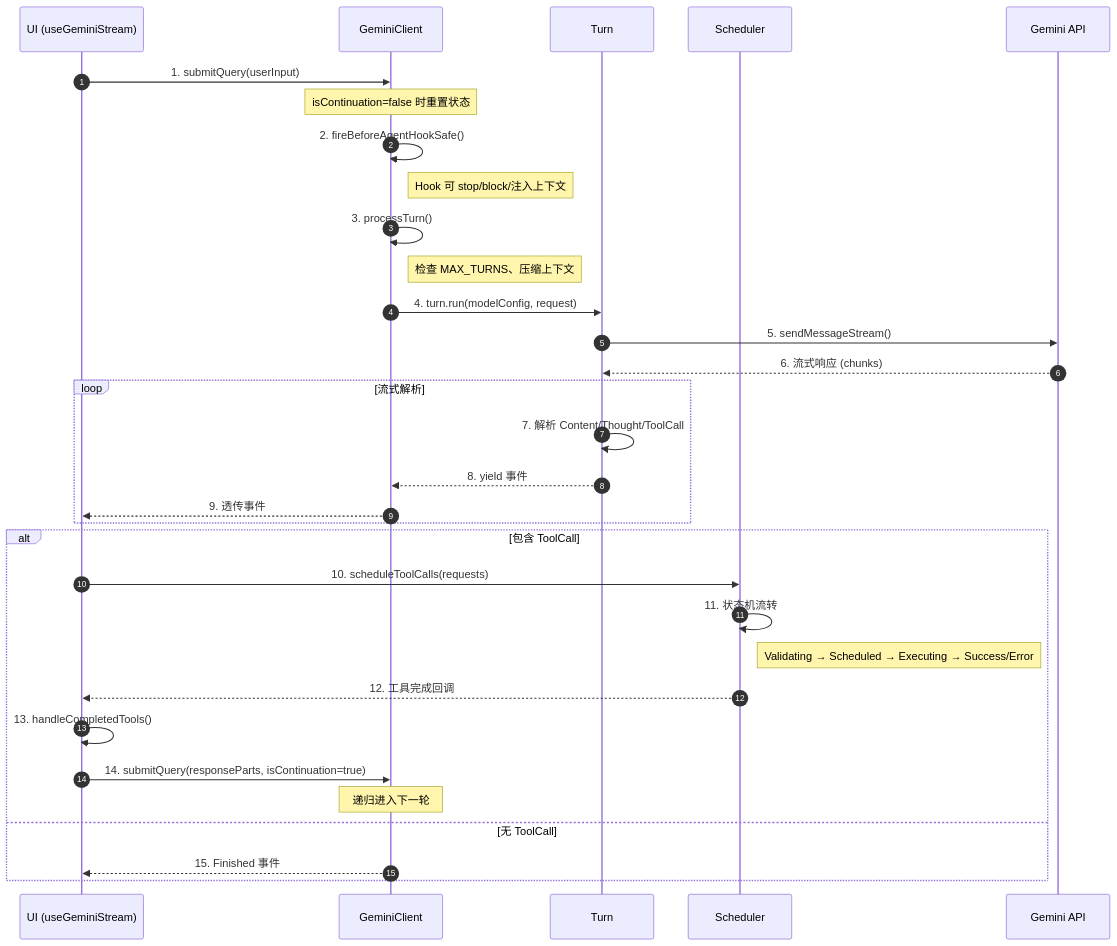
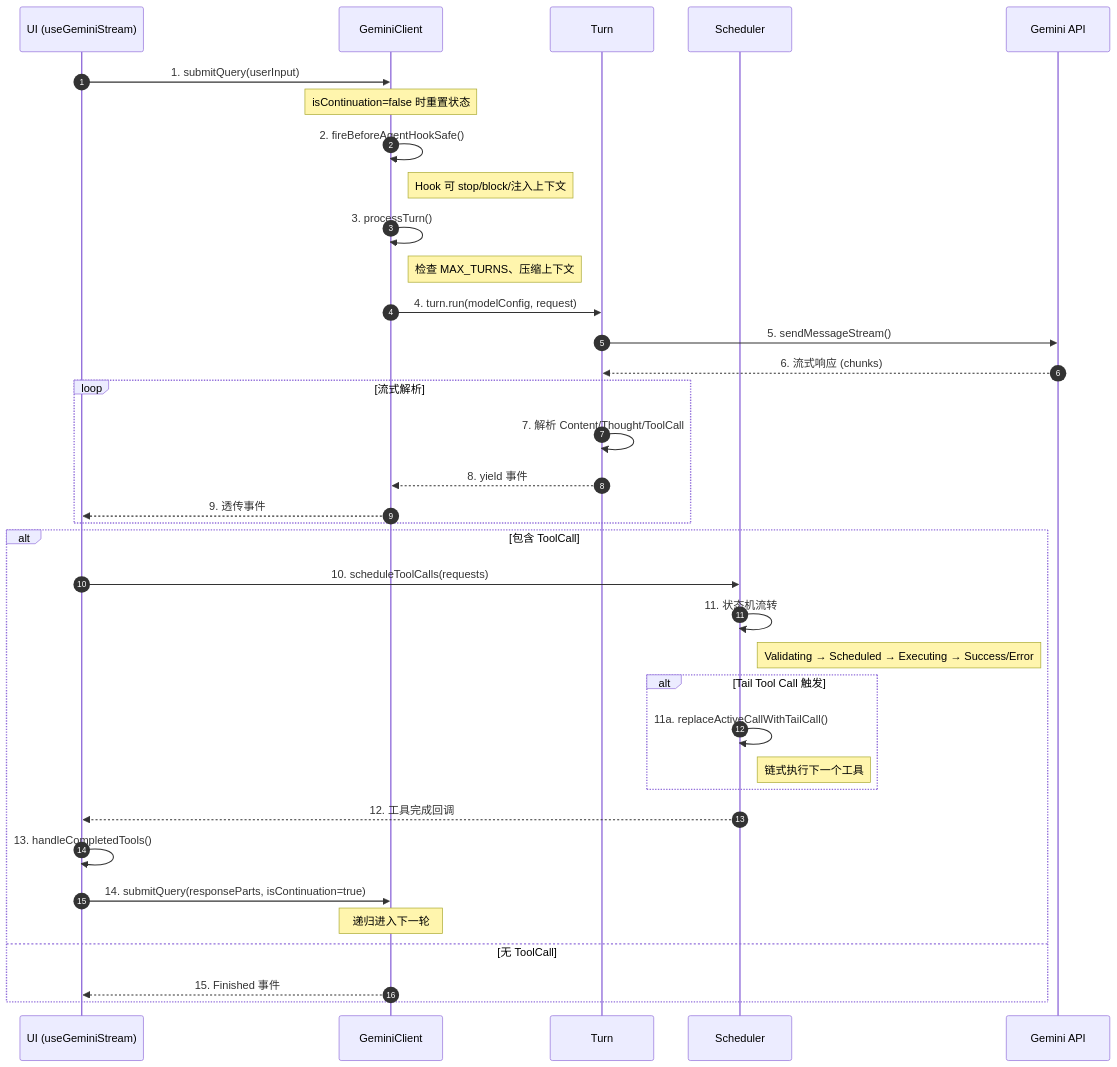
One commit to giraffe-tree/agent-base changed the first of 10 diagrams in docs/gemini-cli/04-gemini-cli-agent-loop.md. Above: the diagram before and after it, drawn with Mermaid. The commit also changed other lines of this file and 15 other files, not shown here.

````diff
--- a/docs/gemini-cli/04-gemini-cli-agent-loop.md
+++ b/docs/gemini-cli/04-gemini-cli-agent-loop.md
@@ -81,40 +84,44 @@
 ```mermaid
 sequenceDiagram
     autonumber
     participant UI as UI (useGeminiStream)
     participant Client as GeminiClient
     participant Turn as Turn
     participant Scheduler as Scheduler
     participant LLM as Gemini API
 
     UI->>Client: 1. submitQuery(userInput)
     Note over Client: isContinuation=false 时重置状态
 
     Client->>Client: 2. fireBeforeAgentHookSafe()
     Note right of Client: Hook 可 stop/block/注入上下文
 
     Client->>Client: 3. processTurn()
     Note right of Client: 检查 MAX_TURNS、压缩上下文
 
     Client->>Turn: 4. turn.run(modelConfig, request)
     Turn->>LLM: 5. sendMessageStream()
     LLM-->>Turn: 6. 流式响应 (chunks)
 
     loop 流式解析
         Turn->>Turn: 7. 解析 Content/Thought/ToolCall
         Turn-->>Client: 8. yield 事件
         Client-->>UI: 9. 透传事件
     end
 
     alt 包含 ToolCall
         UI->>Scheduler: 10. scheduleToolCalls(requests)
         Scheduler->>Scheduler: 11. 状态机流转
         Note right of Scheduler: Validating → Scheduled → Executing → Success/Error
+        alt Tail Tool Call 触发
+            Scheduler->>Scheduler: 11a. replaceActiveCallWithTailCall()
+            Note right of Scheduler: 链式执行下一个工具
+        end
         Scheduler-->>UI: 12. 工具完成回调
         UI->>UI: 13. handleCompletedTools()
         UI->>Client: 14. submitQuery(responseParts, isContinuation=true)
         Note over Client: 递归进入下一轮
     else 无 ToolCall
         Client-->>UI: 15. Finished 事件
     end
 ```
````
